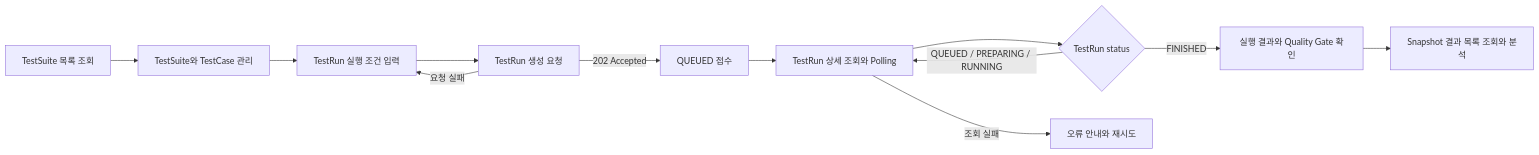
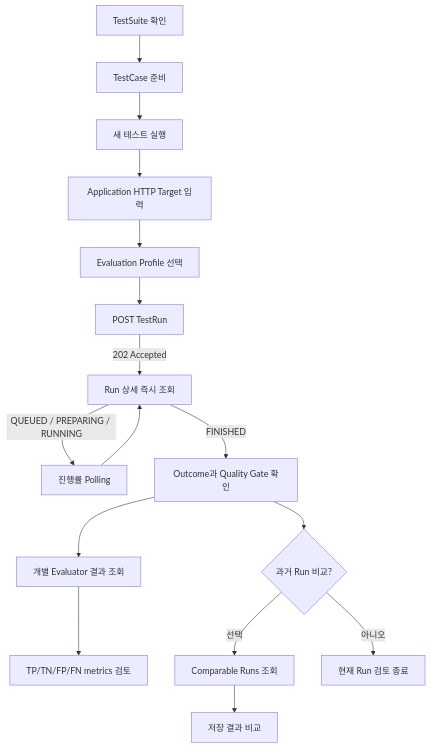
Before and after one commit to GuardBench/guardbench-frontend: the first of 6 diagrams in docs/product/user-flows.md, drawn with Mermaid. The commit also changed other lines of this file and 1 other file, not shown here.

````diff
--- a/docs/product/user-flows.md
+++ b/docs/product/user-flows.md
@@ -34,14 +26,18 @@
 ```mermaid
-flowchart LR
-    A[TestSuite 목록 조회] --> B[TestSuite와 TestCase 관리]
-    B --> C[TestRun 실행 조건 입력]
-    C --> D[TestRun 생성 요청]
-    D -->|202 Accepted| E[QUEUED 접수]
-    E --> F[TestRun 상세 조회와 Polling]
-    F --> G{TestRun status}
-    G -->|QUEUED / PREPARING / RUNNING| F
-    G -->|FINISHED| H[실행 결과와 Quality Gate 확인]
-    H --> I[Snapshot 결과 목록 조회와 분석]
-    D -->|요청 실패| C
-    F -->|조회 실패| J[오류 안내와 재시도]
+flowchart TD
+    A[TestSuite 확인] --> B[TestCase 준비]
+    B --> C[새 테스트 실행]
+    C --> D[Application HTTP Target 입력]
+    D --> E[Evaluation Profile 선택]
+    E --> F[POST TestRun]
+    F -->|202 Accepted| G[Run 상세 즉시 조회]
+    G -->|QUEUED / PREPARING / RUNNING| H[진행률 Polling]
+    H --> G
+    G -->|FINISHED| I[Outcome과 Quality Gate 확인]
+    I --> J[개별 Evaluator 결과 조회]
+    J --> K[TP/TN/FP/FN metrics 검토]
+    I --> L{과거 Run 비교?}
+    L -->|선택| M[Comparable Runs 조회]
+    M --> N[저장 결과 비교]
+    L -->|아니오| O[현재 Run 검토 종료]
 ```
````
